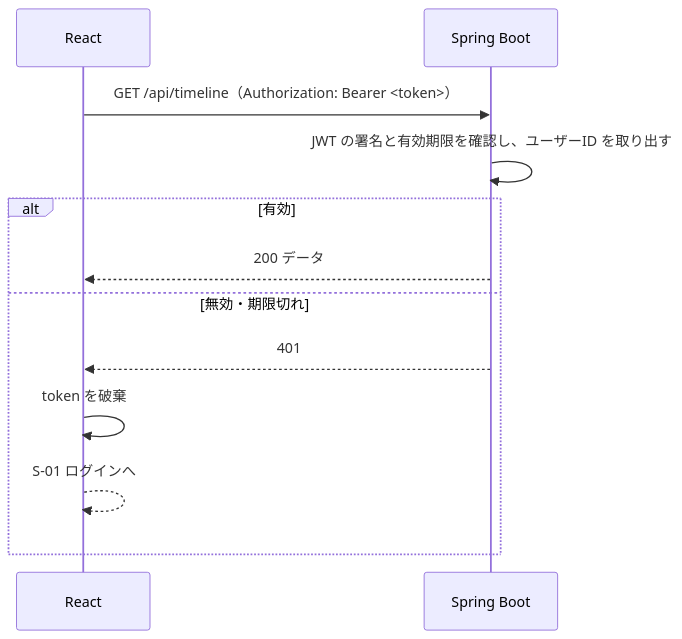
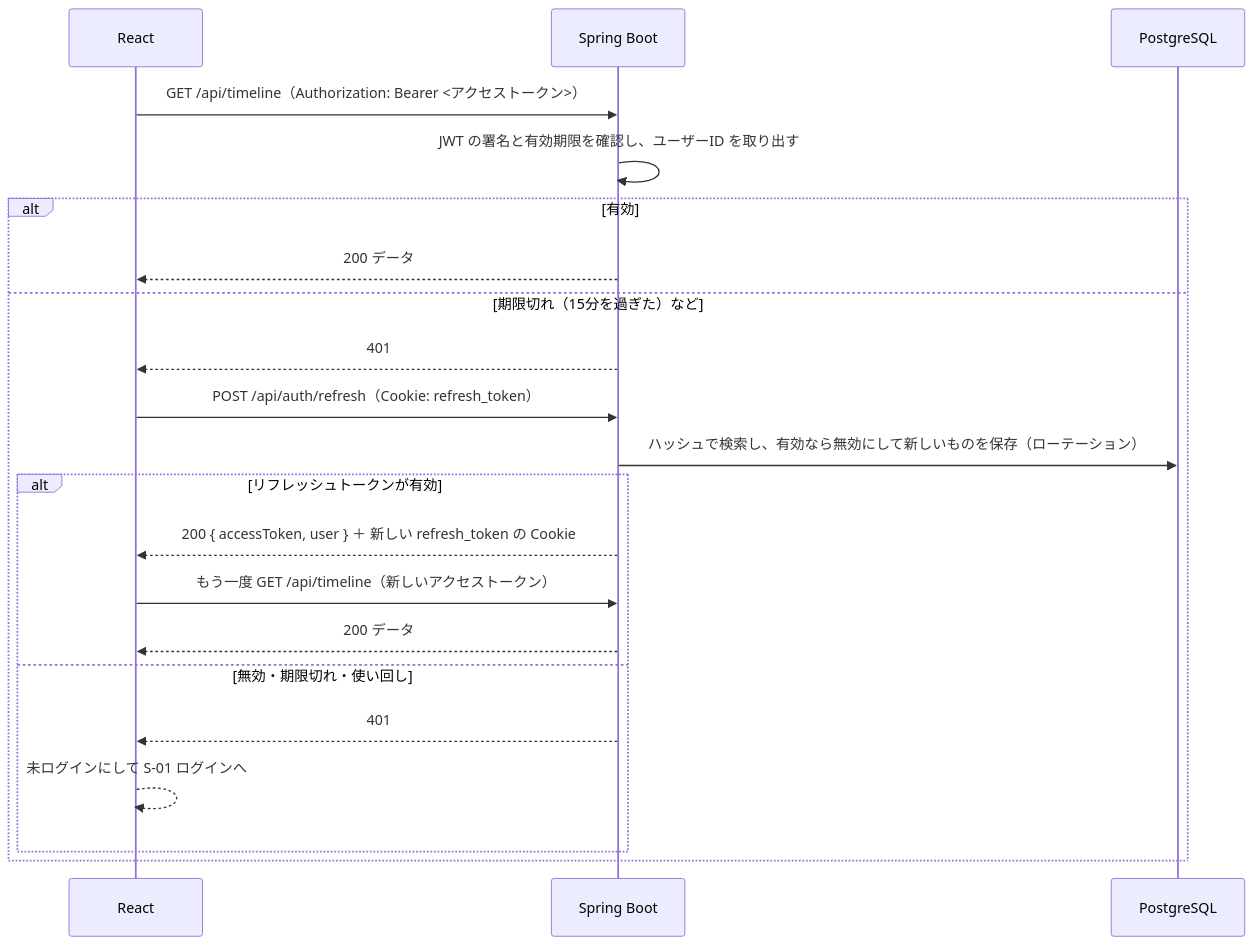
Before and after one commit to okky0908-prog/sns-app: the second of 2 diagrams in docs/feature-specs/01_auth.md, drawn with Mermaid. The commit also changed other lines of this file and 30 other files, not shown here.

````diff
--- a/docs/feature-specs/01_auth.md
+++ b/docs/feature-specs/01_auth.md
@@ -88,15 +99,24 @@
 ```mermaid
 sequenceDiagram
     participant R as React
     participant S as Spring Boot
+    participant DB as PostgreSQL
 
-    R->>S: GET /api/timeline（Authorization: Bearer <token>）
+    R->>S: GET /api/timeline（Authorization: Bearer <アクセストークン>）
     S->>S: JWT の署名と有効期限を確認し、ユーザーID を取り出す
     alt 有効
         S-->>R: 200 データ
-    else 無効・期限切れ
+    else 期限切れ（15分を過ぎた）など
         S-->>R: 401
-        R->>R: token を破棄
-        R-->>R: S-01 ログインへ
+        R->>S: POST /api/auth/refresh（Cookie: refresh_token）
+        S->>DB: ハッシュで検索し、有効なら無効にして新しいものを保存（ローテーション）
+        alt リフレッシュトークンが有効
+            S-->>R: 200 { accessToken, user } ＋ 新しい refresh_token の Cookie
+            R->>S: もう一度 GET /api/timeline（新しいアクセストークン）
+            S-->>R: 200 データ
+        else 無効・期限切れ・使い回し
+            S-->>R: 401
+            R-->>R: 未ログインにして S-01 ログインへ
+        end
     end
 ```
````
